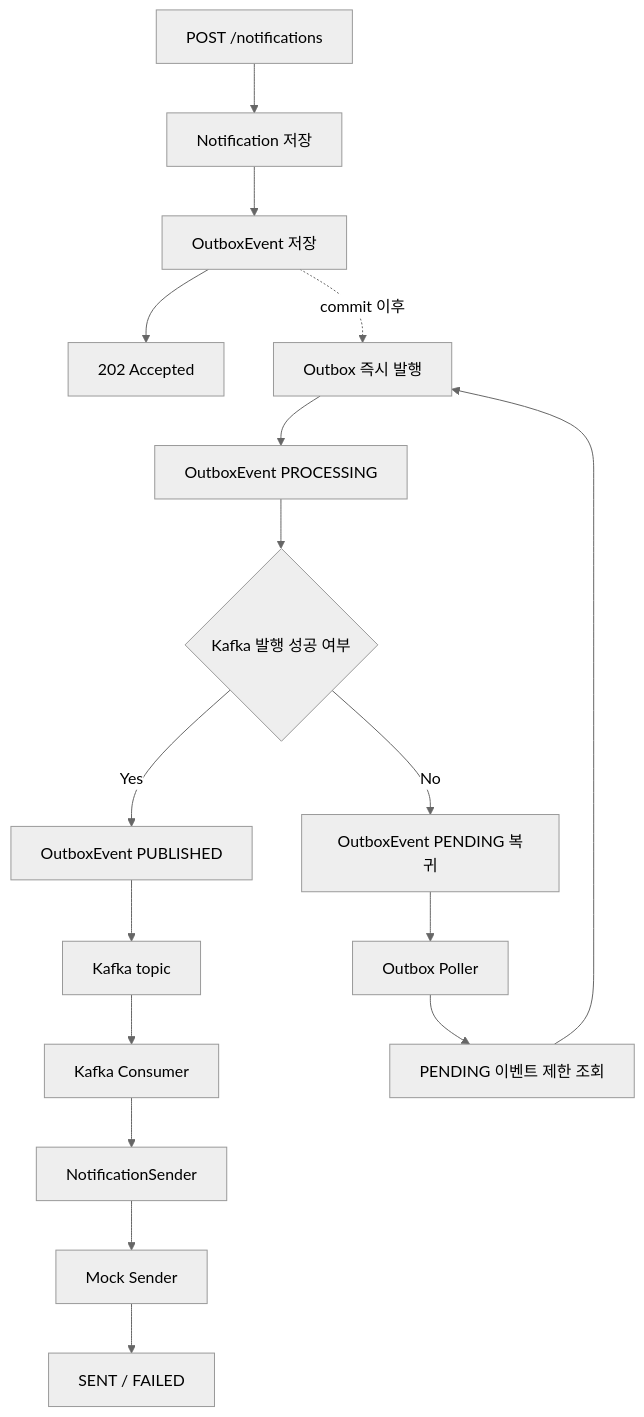
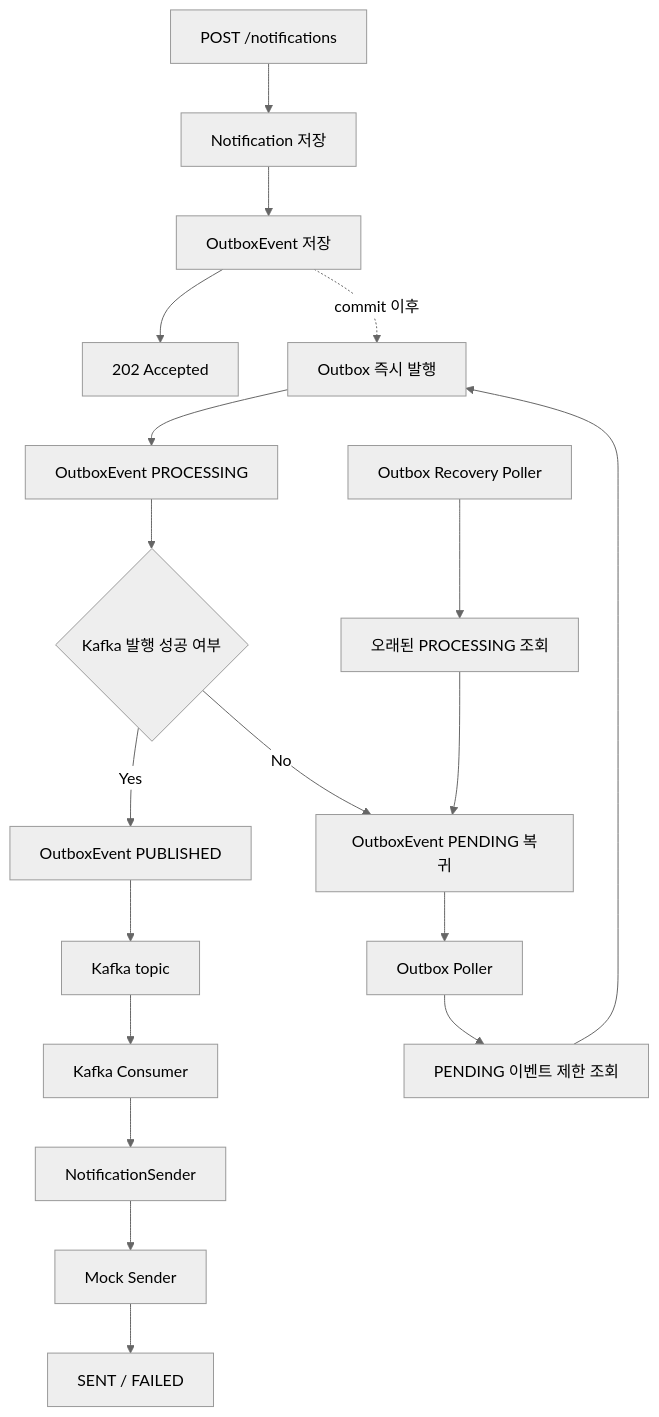
One commit to Ogu1208/notification-delivery-system changed the diagram in README.md. Above: the diagram before and after it, drawn with Mermaid (neutral theme). The commit also changed other lines of this file and 13 other files, not shown here.

Commit message:
feat: Outbox 복구 poller 분리

````diff
--- a/README.md
+++ b/README.md
@@ -99,22 +104,25 @@
 ```mermaid
 flowchart TD
     A["POST /notifications"] --> B["Notification 저장"]
     B --> C["OutboxEvent 저장"]
     C --> D["202 Accepted"]
 
     C -. "commit 이후" .-> E["Outbox 즉시 발행"]
     E --> F["OutboxEvent PROCESSING"]
     F --> G{"Kafka 발행 성공 여부"}
     G -->|"Yes"| H["OutboxEvent PUBLISHED"]
     G -->|"No"| I["OutboxEvent PENDING 복귀"]
 
     I --> J["Outbox Poller"]
     J --> K["PENDING 이벤트 제한 조회"]
     K --> E
 
+    Q["Outbox Recovery Poller"] --> R["오래된 PROCESSING 조회"]
+    R --> I
+
     H --> L["Kafka topic"]
     L --> M["Kafka Consumer"]
     M --> N["NotificationSender"]
     N --> O["Mock Sender"]
     O --> P["SENT / FAILED"]
 ```
````
